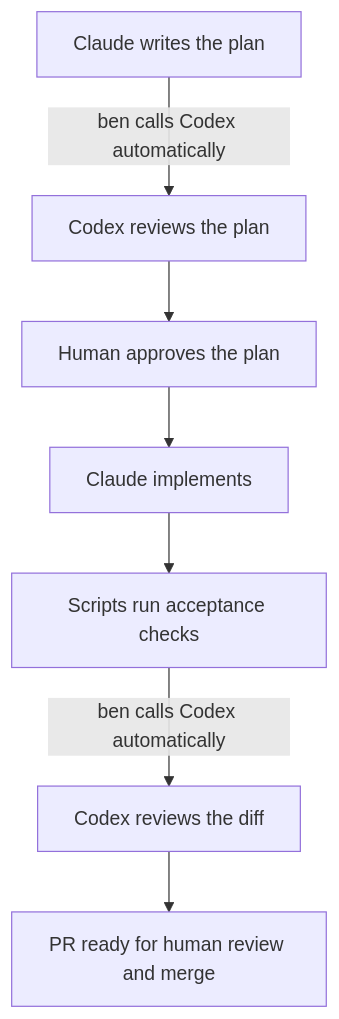
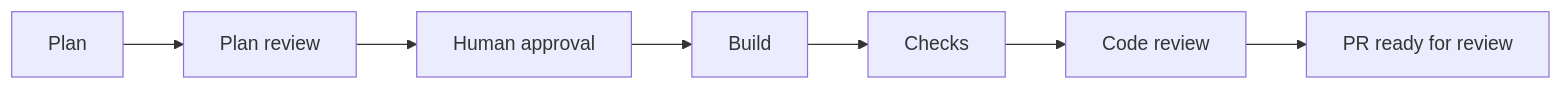
Before and after one commit to Bbuju055/ben-public: the diagram in README.md, drawn with Mermaid. The commit also changed other lines of this file and 5 other files, not shown here.

````diff
--- a/README.md
+++ b/README.md
@@ -6,9 +6,5 @@
 ```mermaid
-flowchart TD
-    Plan[Claude writes the plan] -->|ben calls Codex automatically| PlanReview[Codex reviews the plan]
-    PlanReview --> Approval[Human approves the plan]
-    Approval --> Build[Claude implements]
-    Build --> Checks[Scripts run acceptance checks]
-    Checks -->|ben calls Codex automatically| DiffReview[Codex reviews the diff]
-    DiffReview --> PR[PR ready for human review and merge]
+flowchart LR
+    Plan --> Review[Plan review] --> Approval[Human approval]
+    Approval --> Build --> Checks --> Diff[Code review] --> PR[PR ready for review]
 ```
````
